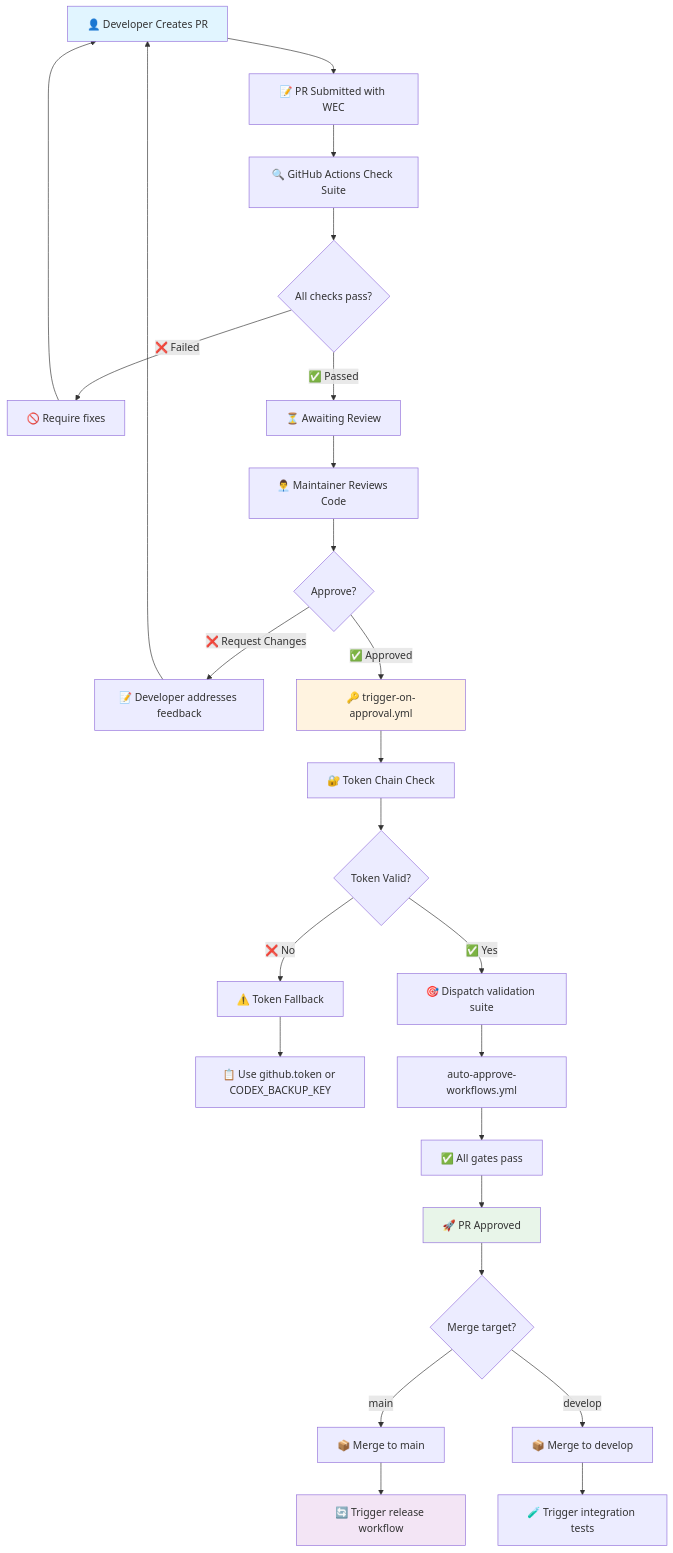
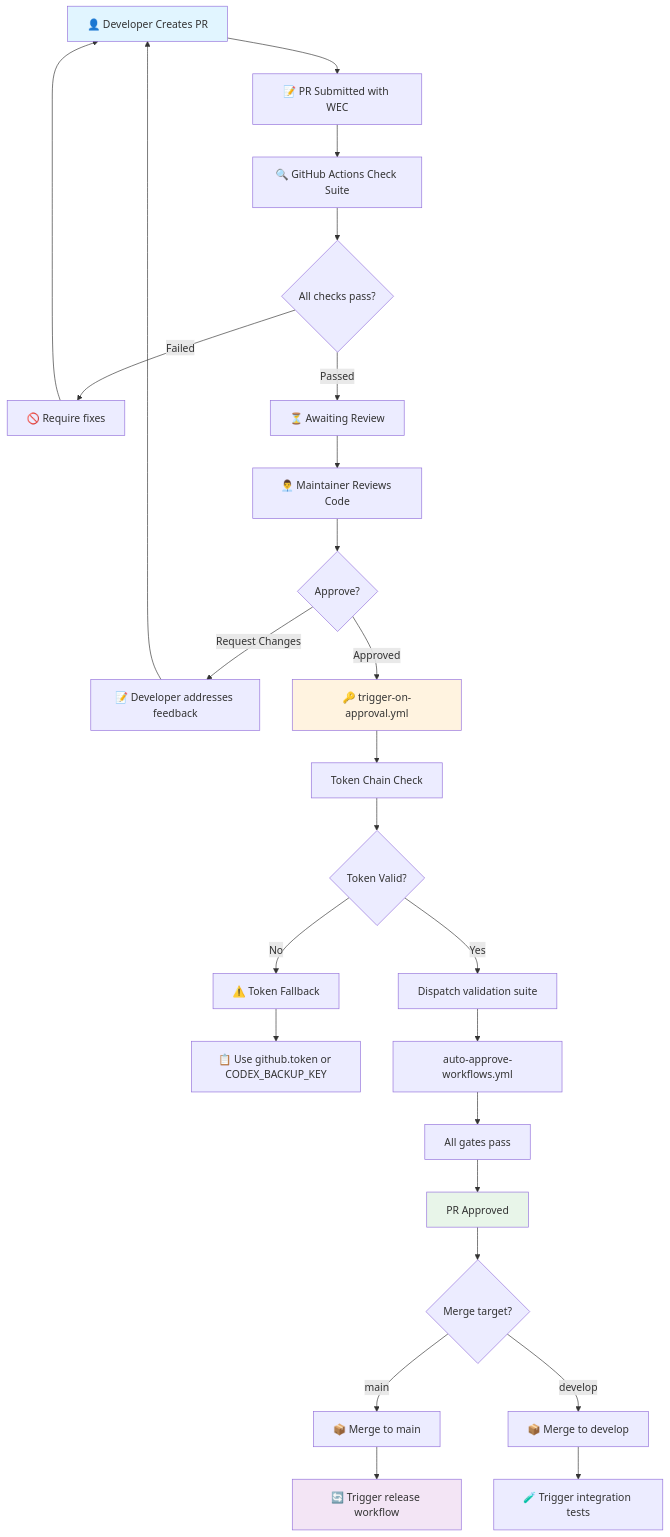
The first of 2 diagrams in docs/security/RBAC_AND_APPROVAL_CHAINS.md (Aries-Serpent/_codex_), drawn with Mermaid before and after one commit. The commit also changed other lines of this file and 2029 other files, not shown here.

````diff
--- a/docs/security/RBAC_AND_APPROVAL_CHAINS.md
+++ b/docs/security/RBAC_AND_APPROVAL_CHAINS.md
@@ -166,40 +168,40 @@
 ```mermaid
 graph TD
     A["👤 Developer Creates PR"] --> B["📝 PR Submitted with WEC"]
     B --> C["🔍 GitHub Actions Check Suite"]
     C --> D{All checks pass?}
     
-    D -->|❌ Failed| E["🚫 Require fixes"]
+    D -->| Failed| E["🚫 Require fixes"]
     E --> A
     
-    D -->|✅ Passed| F["⏳ Awaiting Review"]
+    D -->| Passed| F["⏳ Awaiting Review"]
     F --> G["👨‍💼 Maintainer Reviews Code"]
     G --> H{Approve?}
     
-    H -->|❌ Request Changes| I["📝 Developer addresses feedback"]
+    H -->| Request Changes| I["📝 Developer addresses feedback"]
     I --> A
     
-    H -->|✅ Approved| J["🔑 trigger-on-approval.yml"]
-    J --> K["🔐 Token Chain Check"]
+    H -->| Approved| J["🔑 trigger-on-approval.yml"]
+    J --> K[" Token Chain Check"]
     K --> L{Token Valid?}
     
-    L -->|❌ No| M["⚠️ Token Fallback"]
+    L -->| No| M["⚠️ Token Fallback"]
     M --> N["📋 Use github.token or CODEX_BACKUP_KEY"]
     
-    L -->|✅ Yes| O["🎯 Dispatch validation suite"]
+    L -->| Yes| O[" Dispatch validation suite"]
     O --> P["auto-approve-workflows.yml"]
-    P --> Q["✅ All gates pass"]
-    Q --> R["🚀 PR Approved"]
+    P --> Q[" All gates pass"]
+    Q --> R[" PR Approved"]
     R --> S{Merge target?}
     
     S -->|main| T["📦 Merge to main"]
     T --> U["🔄 Trigger release workflow"]
     
     S -->|develop| V["📦 Merge to develop"]
     V --> W["🧪 Trigger integration tests"]
     
     style A fill:#e1f5ff
     style J fill:#fff3e0
     style R fill:#e8f5e9
     style U fill:#f3e5f5
 ```
````
